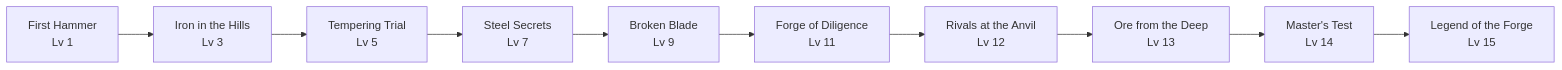
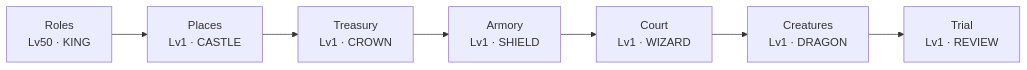
One commit to NeriDavid1/QuestSystem changed the fourth of 4 diagrams in presentation/overview.md. Above: the diagram before and after it, drawn with Mermaid. The commit also changed other lines of this file and 145 other files, not shown here.

````diff
--- a/presentation/overview.md
+++ b/presentation/overview.md
@@ -27,12 +97,9 @@
 ```mermaid
 flowchart LR
-  Q1["First Hammer<br/>Lv 1"] --> Q2["Iron in the Hills<br/>Lv 3"]
-  Q2 --> Q3["Tempering Trial<br/>Lv 5"]
-  Q3 --> Q4["Steel Secrets<br/>Lv 7"]
-  Q4 --> Q5["Broken Blade<br/>Lv 9"]
-  Q5 --> Q6["Forge of Diligence<br/>Lv 11"]
-  Q6 --> Q7["Rivals at the Anvil<br/>Lv 12"]
-  Q7 --> Q8["Ore from the Deep<br/>Lv 13"]
-  Q8 --> Q9["Master's Test<br/>Lv 14"]
-  Q9 --> Q10["Legend of the Forge<br/>Lv 15"]
+  Q1["Roles<br/>Lv50 · KING"] --> Q2["Places<br/>Lv1 · CASTLE"]
+  Q2 --> Q3["Treasury<br/>Lv1 · CROWN"]
+  Q3 --> Q4["Armory<br/>Lv1 · SHIELD"]
+  Q4 --> Q5["Court<br/>Lv1 · WIZARD"]
+  Q5 --> Q6["Creatures<br/>Lv1 · DRAGON"]
+  Q6 --> Q7["Trial<br/>Lv1 · REVIEW"]
 ```
````
